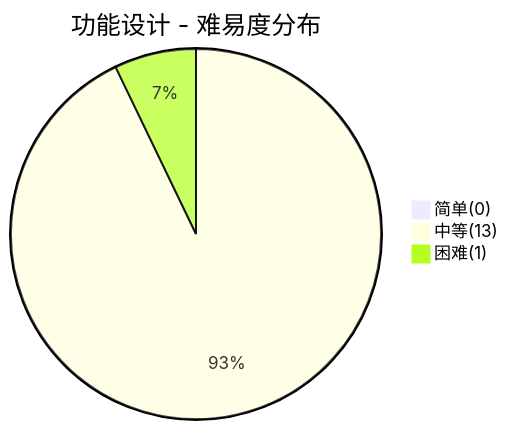
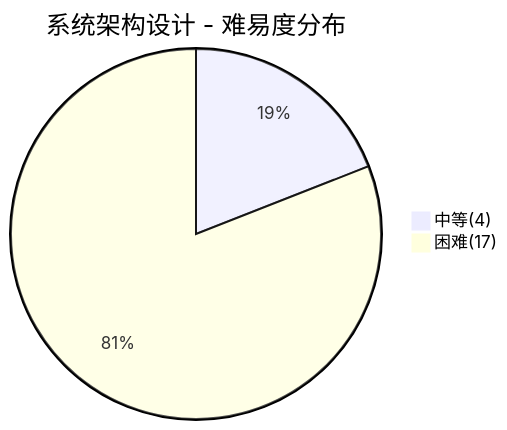
Before and after one commit to dunwu/waterdrop: the third of 5 diagrams in docs/99.面试/设计面试.md, drawn with Mermaid. The commit also changed other lines of this file and 10 other files, not shown here.

````diff
--- a/docs/99.面试/设计面试.md
+++ b/docs/99.面试/设计面试.md
@@ -116,6 +151,5 @@
 ```mermaid
-pie title 功能设计 - 难易度分布
-    "简单(0)" : 0
-    "中等(13)" : 13
-    "困难(1)" : 1
+pie title 系统架构设计 - 难易度分布
+    "中等(4)" : 4
+    "困难(17)" : 17
 ```
````
